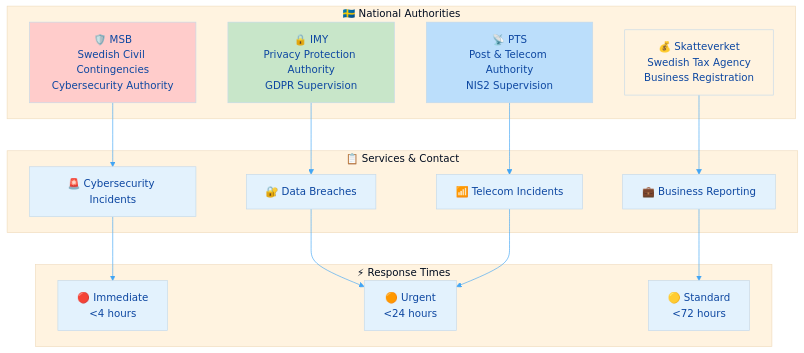
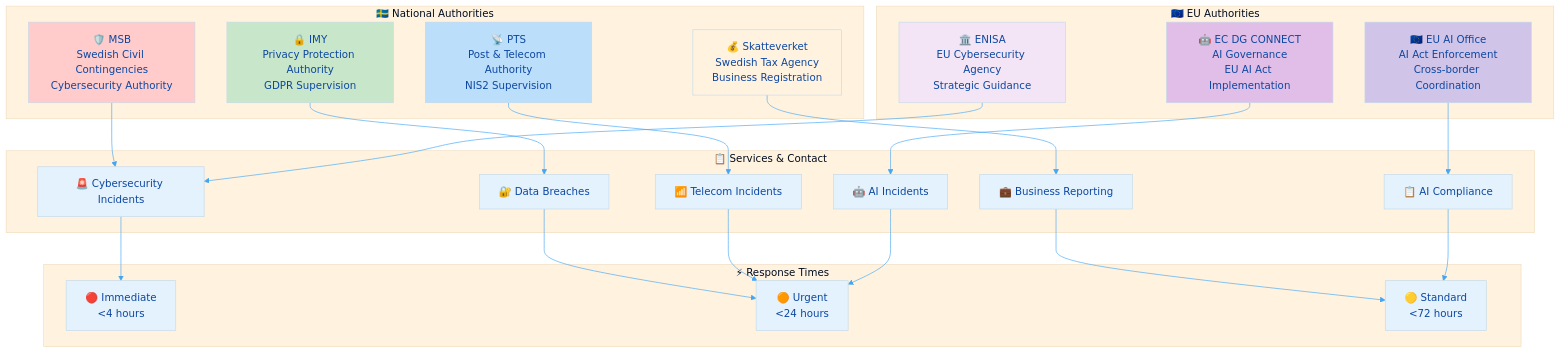
Before and after one commit to Hack23/ISMS-PUBLIC: the first of 4 diagrams in External_Stakeholder_Registry.md, drawn with Mermaid. The commit also changed other lines of this file, not shown here.

````diff
--- a/External_Stakeholder_Registry.md
+++ b/External_Stakeholder_Registry.md
@@ -59,49 +59,65 @@
 ```mermaid
 %%{
   init: {
     'theme': 'base',
     'themeVariables': {
       'primaryColor': '#e3f2fd',
       'primaryTextColor': '#0d47a1',
       'lineColor': '#42a5f5',
       'secondaryColor': '#c8e6c9',
       'tertiaryColor': '#fff3e0'
     }
   }
 }%%
 flowchart TD
     subgraph NATIONAL["🇸🇪 National Authorities"]
         MSB[🛡️ MSB<br/>Swedish Civil Contingencies<br/>Cybersecurity Authority]
         PTS[📡 PTS<br/>Post & Telecom Authority<br/>NIS2 Supervision]
         IMY[🔒 IMY<br/>Privacy Protection Authority<br/>GDPR Supervision]
         SKAT[💰 Skatteverket<br/>Swedish Tax Agency<br/>Business Registration]
     end
     
+    subgraph EU["🇪🇺 EU Authorities"]
+        ENISA[🏛️ ENISA<br/>EU Cybersecurity Agency<br/>Strategic Guidance]
+        EU_AI[🤖 EC DG CONNECT<br/>AI Governance<br/>EU AI Act Implementation]
+        AI_OFFICE[🇪🇺 EU AI Office<br/>AI Act Enforcement<br/>Cross-border Coordination]
+    end
+    
     subgraph SERVICES["📋 Services & Contact"]
         CYBER[🚨 Cybersecurity Incidents]
         PRIVACY[🔐 Data Breaches]
         TAX[💼 Business Reporting]
         TELECOM[📶 Telecom Incidents]
+        AI_INCIDENT[🤖 AI Incidents]
+        AI_COMPLIANCE[📋 AI Compliance]
     end
     
     subgraph RESPONSE["⚡ Response Times"]
         IMMEDIATE[🔴 Immediate<br/><4 hours]
         URGENT[🟠 Urgent<br/><24 hours]
         STANDARD[🟡 Standard<br/><72 hours]
     end
     
     MSB --> CYBER
     IMY --> PRIVACY
     SKAT --> TAX
     PTS --> TELECOM
+    EU_AI --> AI_INCIDENT
+    AI_OFFICE --> AI_COMPLIANCE
+    ENISA --> CYBER
     
     CYBER --> IMMEDIATE
     PRIVACY --> URGENT
     TELECOM --> URGENT
     TAX --> STANDARD
+    AI_INCIDENT --> URGENT
+    AI_COMPLIANCE --> STANDARD
     
     style MSB fill:#ffcccb
     style IMY fill:#c8e6c9
     style PTS fill:#bbdefb
     style SKAT fill:#fff3e0
+    style EU_AI fill:#e1bee7
+    style AI_OFFICE fill:#d1c4e9
+    style ENISA fill:#f3e5f5
 ```
````
